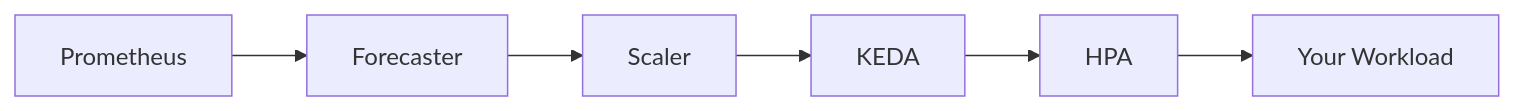
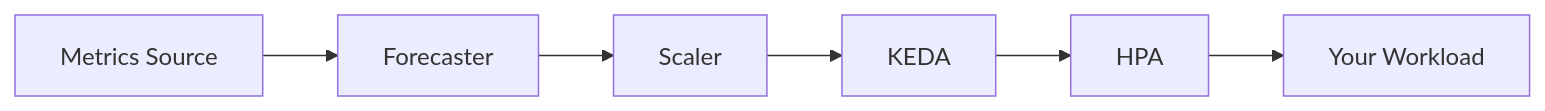
One commit to kedastral/kedastral changed the diagram in README.md. Above: the diagram before and after it, drawn with Mermaid. The commit also changed other lines of this file and 10 other files, not shown here.

````diff
--- a/README.md
+++ b/README.md
@@ -32,8 +32,8 @@
 ```mermaid
 flowchart LR
-    A[Prometheus] --> B[Forecaster]
+    A[Metrics Source] --> B[Forecaster]
     B --> C[Scaler]
     C --> D[KEDA]
     D --> E[HPA]
     E --> F[Your Workload]
 ```
````
